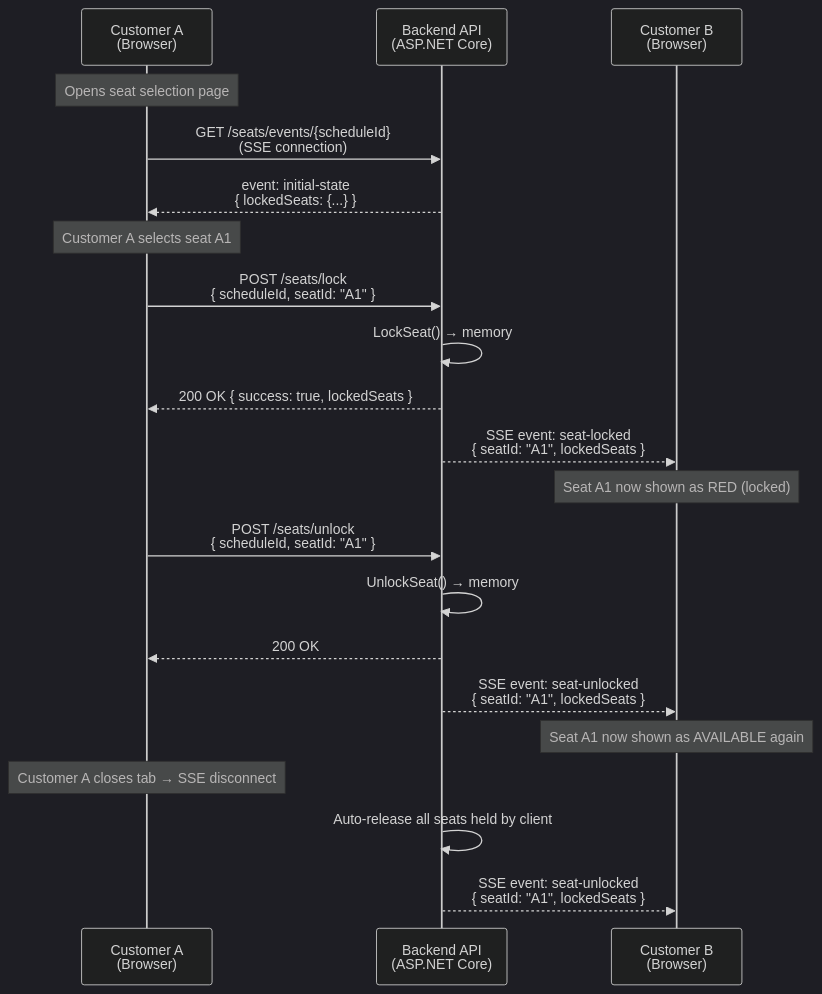
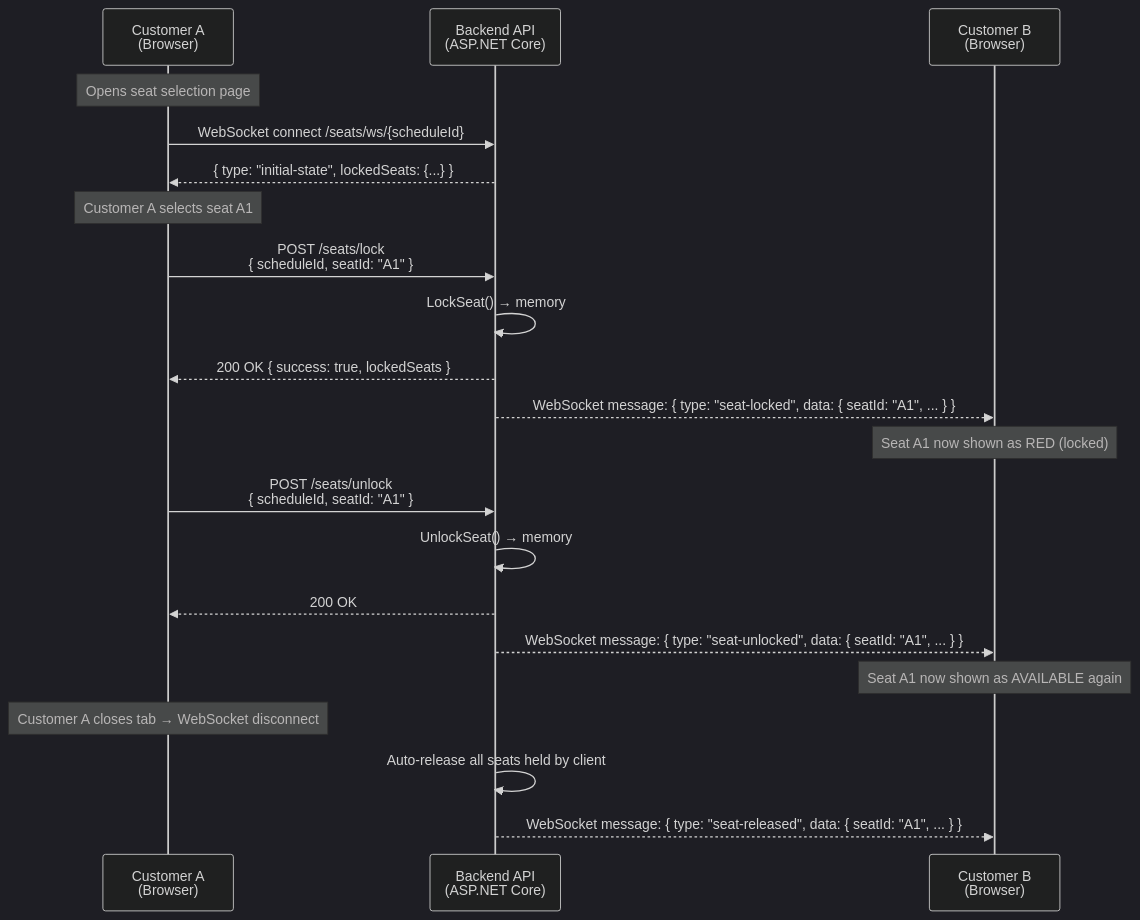
The diagram in docs/algorithms/en/seat-locking.md (duc19092005/galaxiad-cinema-core), drawn with Mermaid (dark theme) before and after one commit. The commit also changed other lines of this file and 3 other files, not shown here.

Commit message:
fix: correct SSE to WebSocket in docs + update outdated paths

````diff
--- a/docs/algorithms/en/seat-locking.md
+++ b/docs/algorithms/en/seat-locking.md
@@ -38,31 +37,31 @@
 ```mermaid
 sequenceDiagram
     participant A as Customer A<br/>(Browser)
     participant Server as Backend API<br/>(ASP.NET Core)
     participant B as Customer B<br/>(Browser)
 
     Note over A: Opens seat selection page
 
-    A->>Server: GET /seats/events/{scheduleId}<br/>(SSE connection)
-    Server-->>A: event: initial-state<br/>{ lockedSeats: {...} }
+    A->>Server: WebSocket connect /seats/ws/{scheduleId}
+    Server-->>A: { type: "initial-state", lockedSeats: {...} }
     
     Note over A: Customer A selects seat A1
 
     A->>Server: POST /seats/lock<br/>{ scheduleId, seatId: "A1" }
     Server->>Server: LockSeat() → memory
     Server-->>A: 200 OK { success: true, lockedSeats }
-    Server-->>B: SSE event: seat-locked<br/>{ seatId: "A1", lockedSeats }
+    Server-->>B: WebSocket message: { type: "seat-locked", data: { seatId: "A1", ... } }
     
     Note over B: Seat A1 now shown as RED (locked)
 
     A->>Server: POST /seats/unlock<br/>{ scheduleId, seatId: "A1" }
     Server->>Server: UnlockSeat() → memory
     Server-->>A: 200 OK
-    Server-->>B: SSE event: seat-unlocked<br/>{ seatId: "A1", lockedSeats }
+    Server-->>B: WebSocket message: { type: "seat-unlocked", data: { seatId: "A1", ... } }
     
     Note over B: Seat A1 now shown as AVAILABLE again
     
-    Note over A: Customer A closes tab → SSE disconnect
+    Note over A: Customer A closes tab → WebSocket disconnect
     Server->>Server: Auto-release all seats held by client
-    Server-->>B: SSE event: seat-unlocked<br/>{ seatId: "A1", lockedSeats }
+    Server-->>B: WebSocket message: { type: "seat-released", data: { seatId: "A1", ... } }
 ```
````
